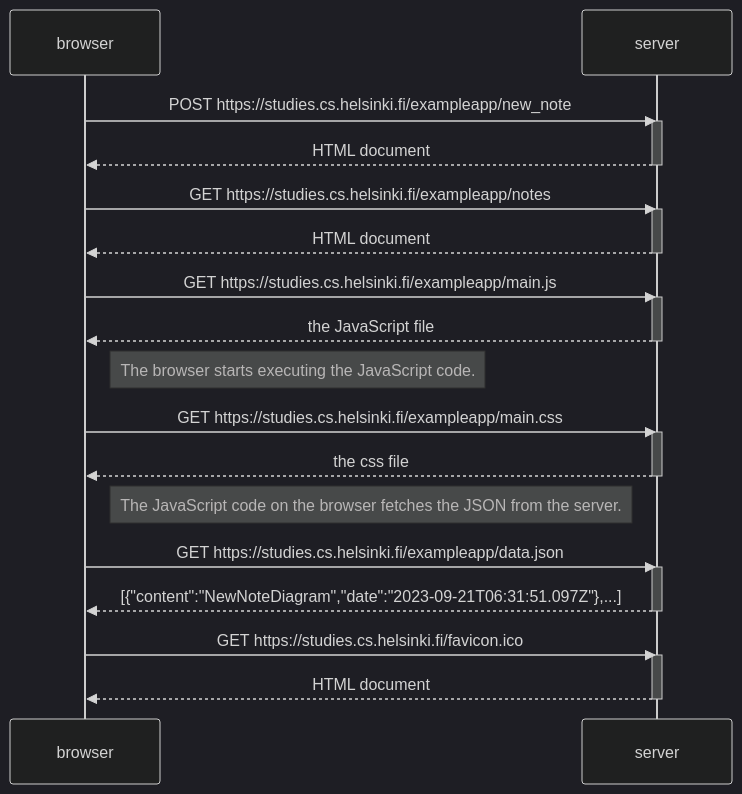
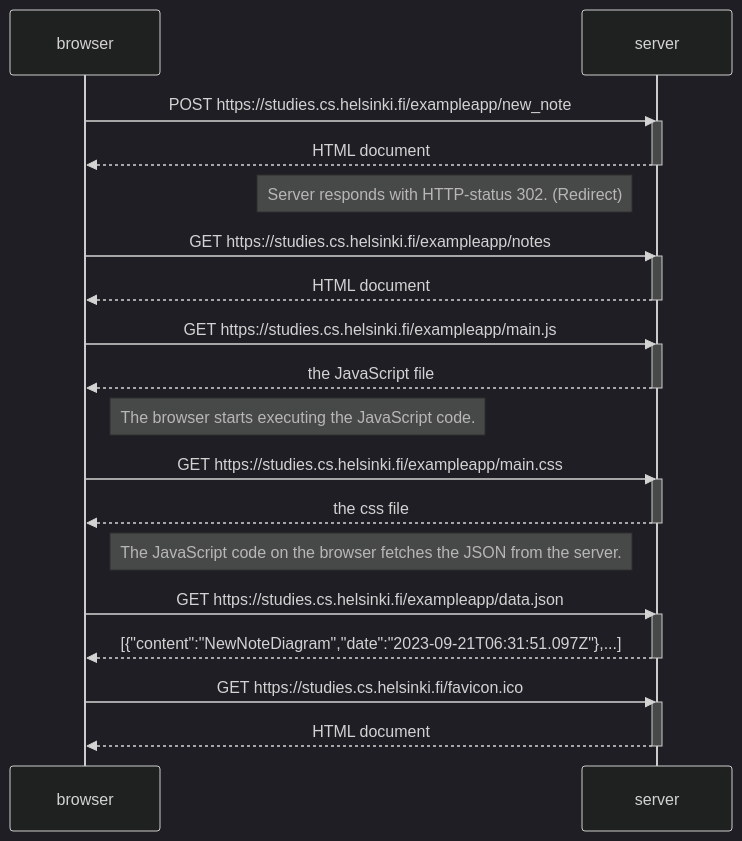
Before and after one commit to tjvalkonen/FullStackOpen: the diagram in Osa0/test.md, drawn with Mermaid (dark theme).

````diff
--- a/Osa0/test.md
+++ b/Osa0/test.md
@@ -1,39 +1,41 @@
 ```mermaid
 sequenceDiagram
     participant browser
     participant server
 
     browser->>server: POST https://studies.cs.helsinki.fi/exampleapp/new_note
     activate server
     server-->>browser: HTML document
     deactivate server
+
+Note left of server: Server responds with HTTP-status 302. (Redirect)
 
     browser->>server: GET https://studies.cs.helsinki.fi/exampleapp/notes
     activate server
     server-->>browser: HTML document
     deactivate server
 
     browser->>server: GET https://studies.cs.helsinki.fi/exampleapp/main.js
     activate server
     server-->>browser: the JavaScript file
     deactivate server
 
 Note right of browser: The browser starts executing the JavaScript code.
 
     browser->>server: GET https://studies.cs.helsinki.fi/exampleapp/main.css
     activate server
     server-->>browser: the css file
     deactivate server
 
 Note right of browser: The JavaScript code on the browser fetches the JSON from the server.
 
     browser->>server: GET https://studies.cs.helsinki.fi/exampleapp/data.json
     activate server
     server-->>browser: [{"content":"NewNoteDiagram","date":"2023-09-21T06:31:51.097Z"},...]
     deactivate server
 
     browser->>server: GET https://studies.cs.helsinki.fi/favicon.ico
     activate server
     server-->>browser: HTML document
     deactivate server
 ```
````
